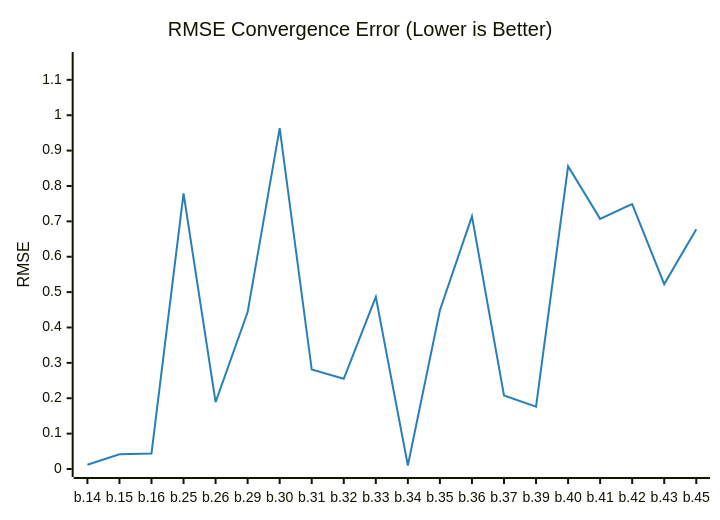
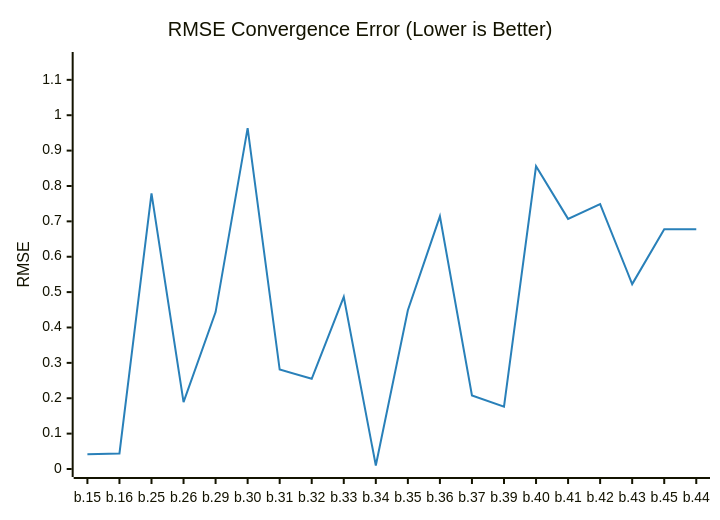
Before and after one commit to timo-eberl/tracy: the diagram in README.md, drawn with Mermaid. The commit also changed other lines of this file and 3 other files, not shown here.

````diff
--- a/README.md
+++ b/README.md
@@ -13,14 +13,14 @@
 ```mermaid
 ---
 config:
     theme: base
     themeVariables:
         xyChart:
             plotColorPalette: "#2980b9"
 ---
 xychart-beta
     title "RMSE Convergence Error (Lower is Better)"
-    x-axis ["b.14", "b.15", "b.16", "b.25", "b.26", "b.29", "b.30", "b.31", "b.32", "b.33", "b.34", "b.35", "b.36", "b.37", "b.39", "b.40", "b.41", "b.42", "b.43", "b.45"]
+    x-axis ["b.15", "b.16", "b.25", "b.26", "b.29", "b.30", "b.31", "b.32", "b.33", "b.34", "b.35", "b.36", "b.37", "b.39", "b.40", "b.41", "b.42", "b.43", "b.45", "b.44"]
     y-axis "RMSE" 0 --> 1.1561
-    line [0.012064, 0.041607, 0.043946, 0.7793, 0.1888, 0.4436, 0.9634, 0.2812, 0.2549, 0.4864, 0.0098, 0.4489, 0.7142, 0.2079, 0.1763, 0.8557, 0.7071, 0.749, 0.5226, 0.677836]
+    line [0.041607, 0.043946, 0.7793, 0.1888, 0.4436, 0.9634, 0.2812, 0.2549, 0.4864, 0.0098, 0.4489, 0.7142, 0.2079, 0.1763, 0.8557, 0.7071, 0.749, 0.5226, 0.677836, 0.677984]
 ```
````
